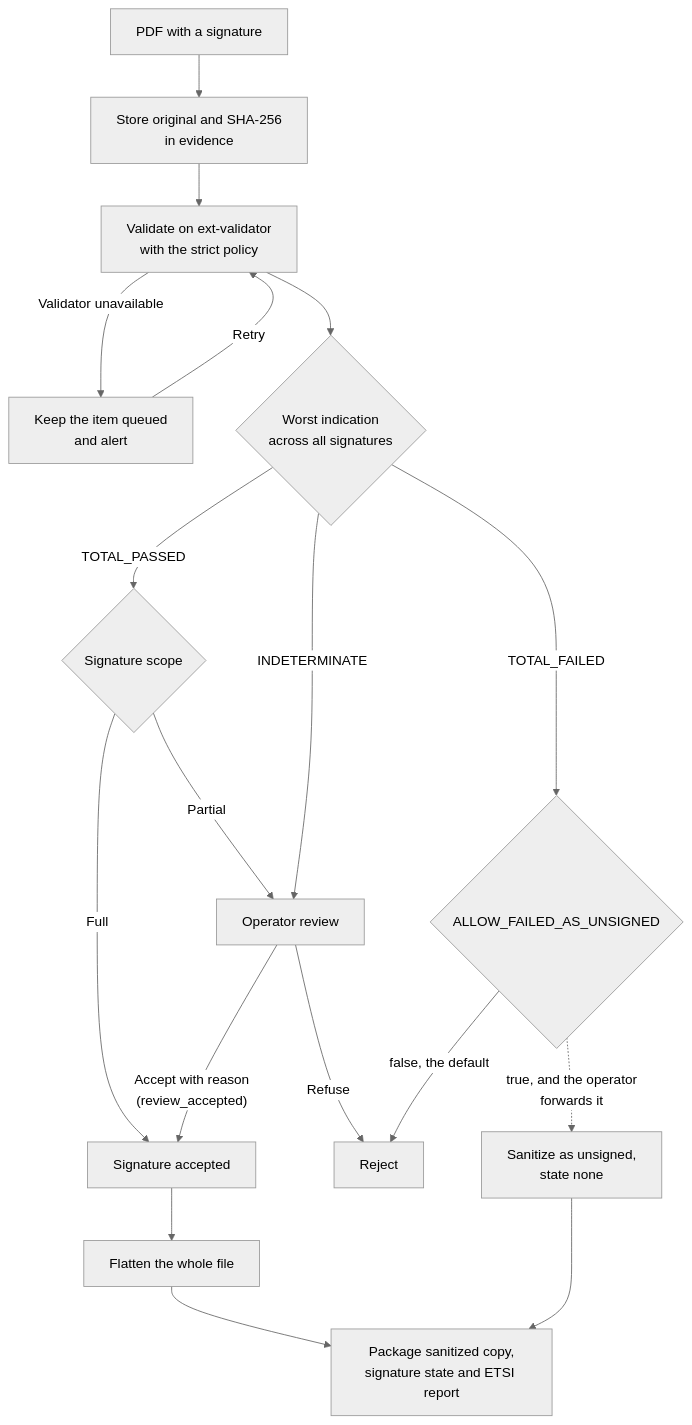
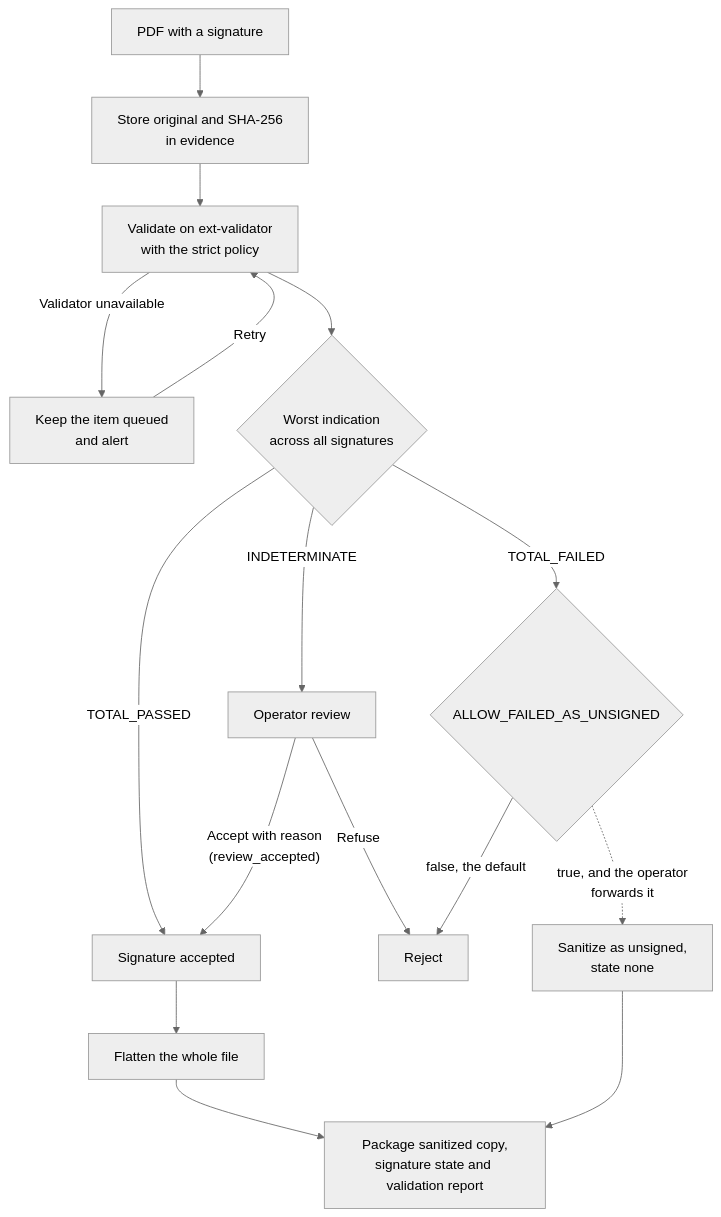
Before and after one commit to tgivslife/dxg-document-gateway: the fourth of 8 diagrams in document-exchange-mvp-technical-documentation.md, drawn with Mermaid (neutral theme). The commit also changed other lines of this file and 4 other files, not shown here.

````diff
--- a/document-exchange-mvp-technical-documentation.md
+++ b/document-exchange-mvp-technical-documentation.md
@@ -340,26 +340,24 @@
 ```mermaid
 flowchart TB
     accDescr: Decision flow for validating and sanitizing a signed PDF
     %% Dashed edge: optional path, off by default.
 
     IN["PDF with a signature"] --> EVID["Store original and SHA-256<br/>in evidence"]
     EVID --> DSS["Validate on ext-validator<br/>with the strict policy"]
     DSS -->|"Validator unavailable"| WAIT["Keep the item queued<br/>and alert"]
     WAIT -->|"Retry"| DSS
     DSS --> WORST{"Worst indication<br/>across all signatures"}
 
-    WORST -->|"TOTAL_PASSED"| SCOPE{"Signature scope"}
-    SCOPE -->|"Full"| EXTRACT["Signature accepted"]
-    SCOPE -->|"Partial"| REVIEW["Operator review"]
-    WORST -->|"INDETERMINATE"| REVIEW
+    WORST -->|"TOTAL_PASSED"| EXTRACT["Signature accepted"]
+    WORST -->|"INDETERMINATE"| REVIEW["Operator review"]
     REVIEW -->|"Accept with reason<br/>(review_accepted)"| EXTRACT
     REVIEW -->|"Refuse"| REJECT["Reject"]
 
     WORST -->|"TOTAL_FAILED"| FAILED{"ALLOW_FAILED_AS_UNSIGNED"}
     FAILED -->|"false, the default"| REJECT
     FAILED -.->|"true, and the operator<br/>forwards it"| UNSIGNED["Sanitize as unsigned,<br/>state none"]
 
     EXTRACT --> SANITIZE["Flatten the whole file"]
-    SANITIZE --> PACKAGE["Package sanitized copy,<br/>signature state and ETSI report"]
+    SANITIZE --> PACKAGE["Package sanitized copy,<br/>signature state and validation report"]
     UNSIGNED --> PACKAGE
 ```
````
